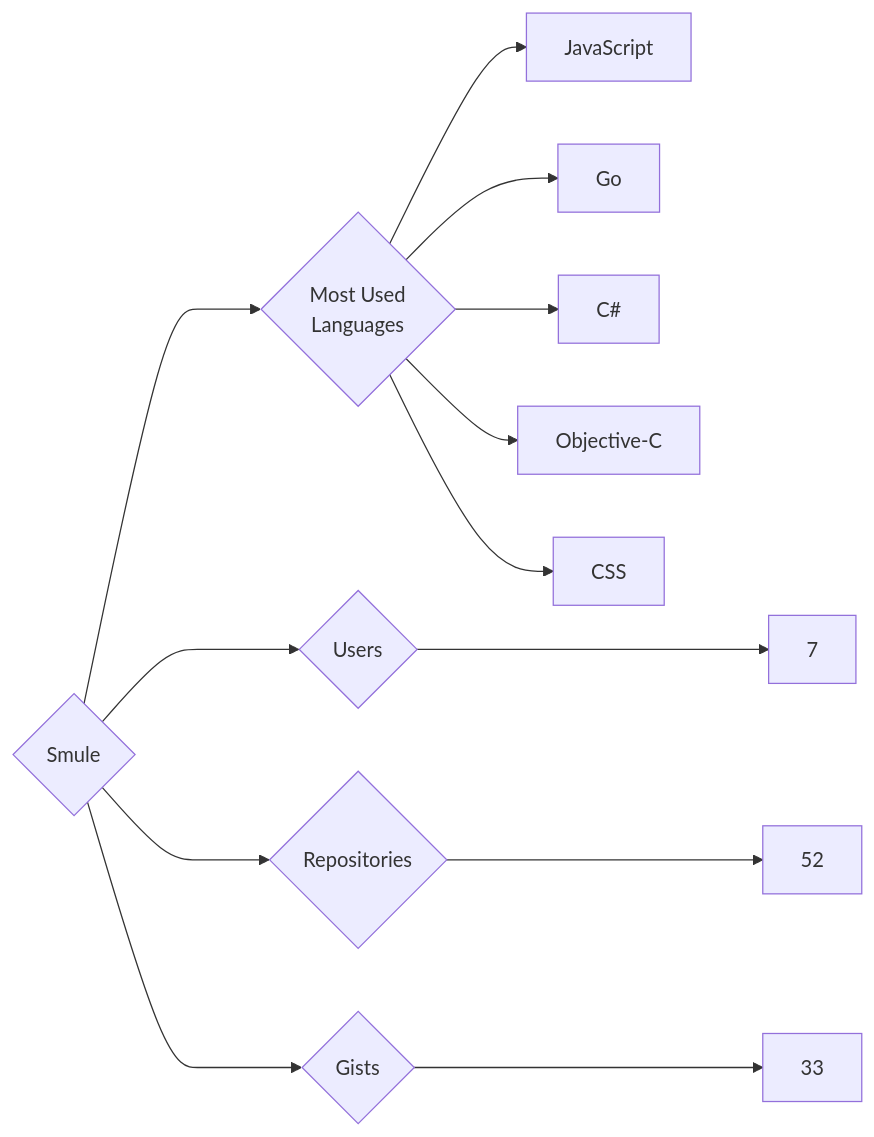
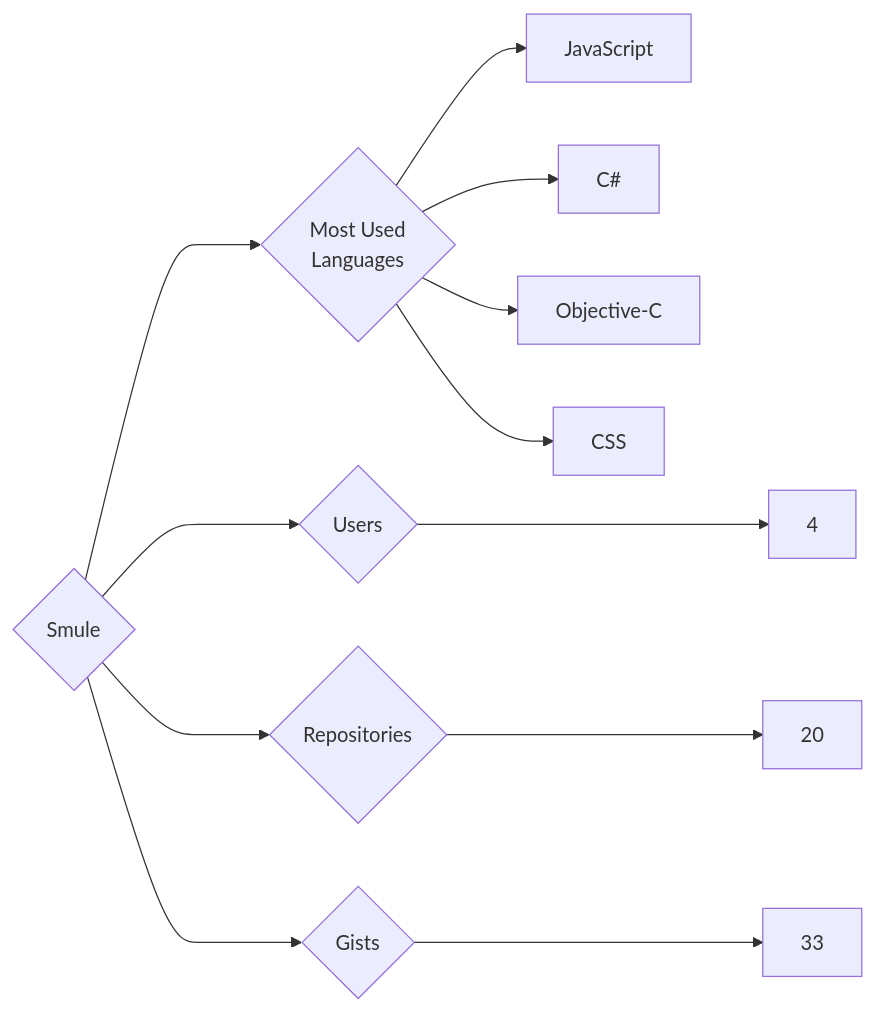
The diagram in targets/Smule/README.md (trickest/insiders), drawn with Mermaid before and after one commit. The commit also changed 976 other files, not shown here.

````diff
--- a/targets/Smule/README.md
+++ b/targets/Smule/README.md
@@ -3,13 +3,12 @@
 ```mermaid
 graph LR
 COMPANY_NAME{Smule}
-COMPANY_NAME ---> U{Users} ---> UN[7]
-COMPANY_NAME ---> R{Repositories} ---> RN[52]
+COMPANY_NAME ---> U{Users} ---> UN[4]
+COMPANY_NAME ---> R{Repositories} ---> RN[20]
 COMPANY_NAME ---> G{Gists} ---> GN[33]
 COMPANY_NAME ---> ML{Most Used<br>Languages}
 ML --> JavaScript[JavaScript]
-ML --> Go[Go]
 ML --> C#[C#]
 ML --> Objective-C[Objective-C]
 ML --> CSS[CSS]
 ```
````
